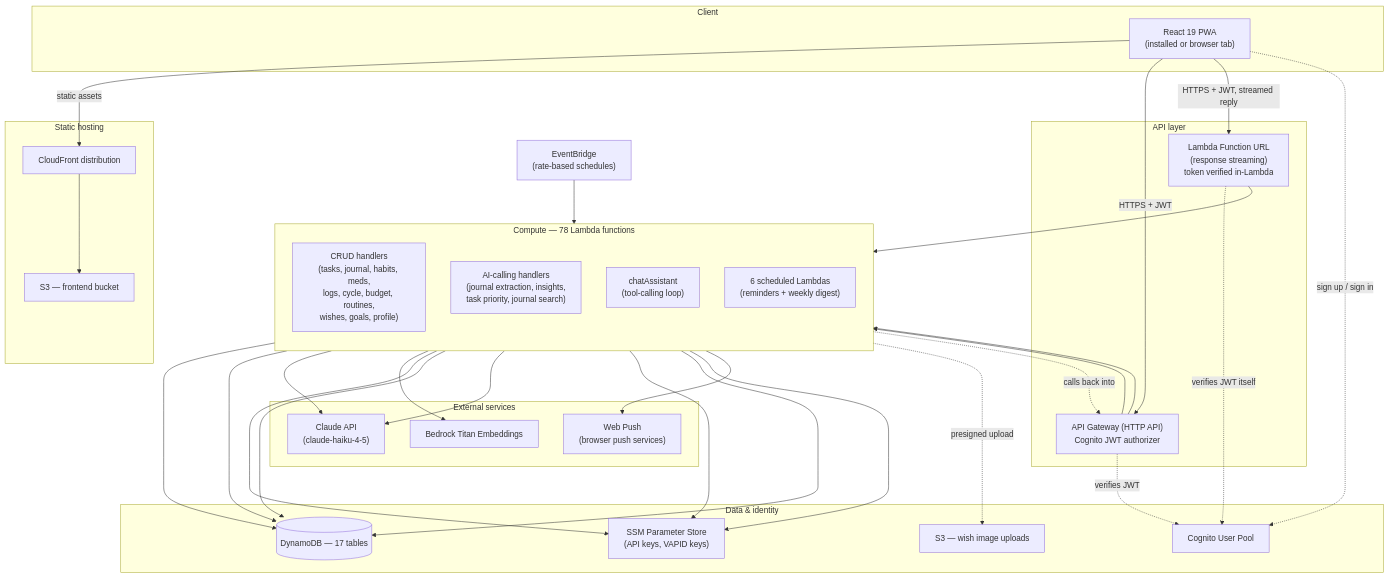
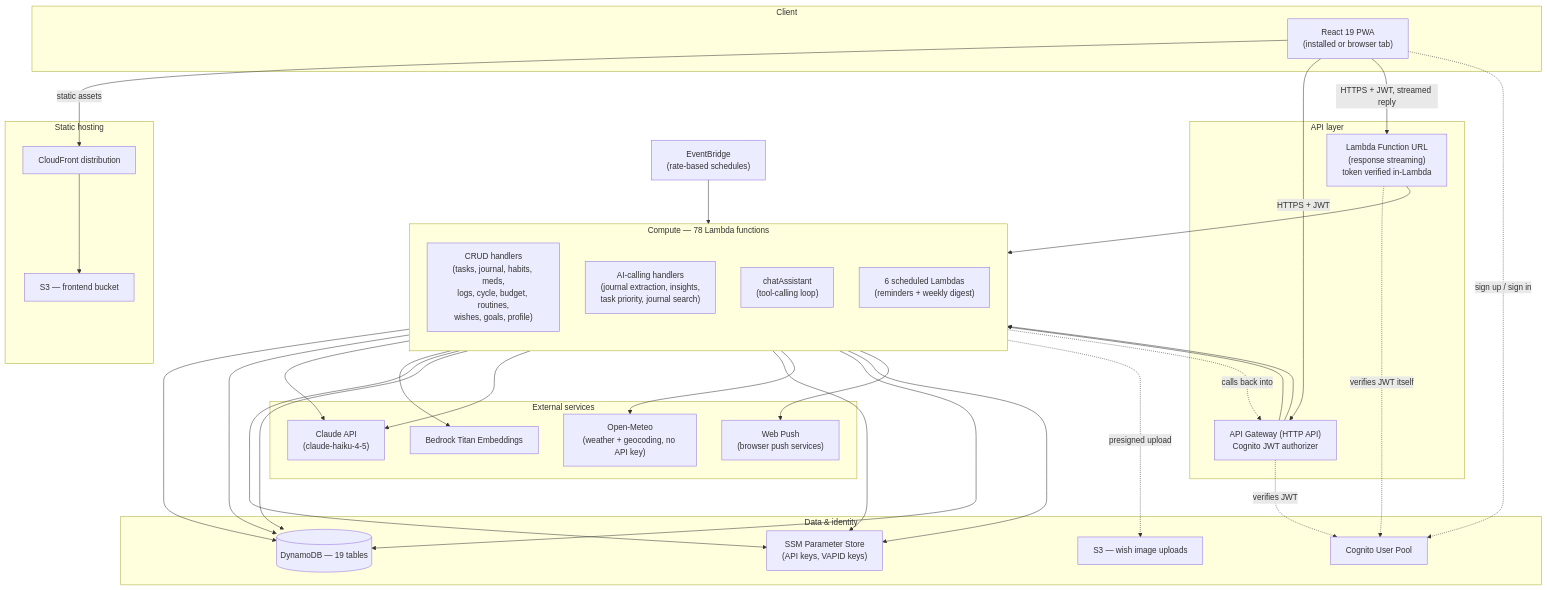
One commit to pragya0905/LifeOS changed the diagram in docs/ARCHITECTURE.md. Above: the diagram before and after it, drawn with Mermaid. The commit also changed other lines of this file and 1 other file, not shown here.

First line of the commit message:
Docs: audit every sequence diagram and algorithm against the real code

````diff
--- a/docs/ARCHITECTURE.md
+++ b/docs/ARCHITECTURE.md
@@ -52,63 +52,65 @@
 ```mermaid
 flowchart TB
     subgraph Client
       PWA["React 19 PWA<br/>(installed or browser tab)"]
     end
 
     subgraph Edge["Static hosting"]
       CF["CloudFront distribution"]
       S3F["S3 — frontend bucket"]
     end
 
     subgraph API["API layer"]
       APIGW["API Gateway (HTTP API)<br/>Cognito JWT authorizer"]
       FURL["Lambda Function URL<br/>(response streaming)<br/>token verified in-Lambda"]
     end
 
     subgraph Compute["Compute — 78 Lambda functions"]
       direction TB
       CRUD["CRUD handlers<br/>(tasks, journal, habits, meds,<br/>logs, cycle, budget, routines,<br/>wishes, goals, profile)"]
       AICALLS["AI-calling handlers<br/>(journal extraction, insights,<br/>task priority, journal search)"]
       ASSIST["chatAssistant<br/>(tool-calling loop)"]
       SCHED["6 scheduled Lambdas<br/>(reminders + weekly digest)"]
     end
 
     subgraph Data["Data & identity"]
-      DDB[("DynamoDB — 17 tables")]
+      DDB[("DynamoDB — 19 tables")]
       COGNITO["Cognito User Pool"]
       SSM["SSM Parameter Store<br/>(API keys, VAPID keys)"]
       S3W["S3 — wish image uploads"]
     end
 
     subgraph External["External services"]
       CLAUDE["Claude API<br/>(claude-haiku-4-5)"]
       BEDROCK["Bedrock Titan Embeddings"]
       PUSH["Web Push<br/>(browser push services)"]
+      METEO["Open-Meteo<br/>(weather + geocoding, no API key)"]
     end
 
     EB["EventBridge<br/>(rate-based schedules)"]
 
     PWA -- static assets --> CF --> S3F
     PWA -- HTTPS + JWT --> APIGW
     PWA -- HTTPS + JWT, streamed reply --> FURL
     APIGW --> CRUD
     APIGW --> AICALLS
     FURL --> ASSIST
     CRUD --> DDB
     AICALLS --> DDB
     AICALLS --> CLAUDE
     AICALLS --> BEDROCK
     AICALLS --> SSM
     ASSIST --> DDB
     ASSIST --> CLAUDE
     ASSIST --> SSM
+    ASSIST --> METEO
     ASSIST -. calls back into .-> APIGW
     PWA -. sign up / sign in .-> COGNITO
     APIGW -. verifies JWT .-> COGNITO
     FURL -. verifies JWT itself .-> COGNITO
     EB --> SCHED
     SCHED --> DDB
     SCHED --> SSM
     SCHED --> PUSH
     CRUD -. presigned upload .-> S3W
 ```
````
